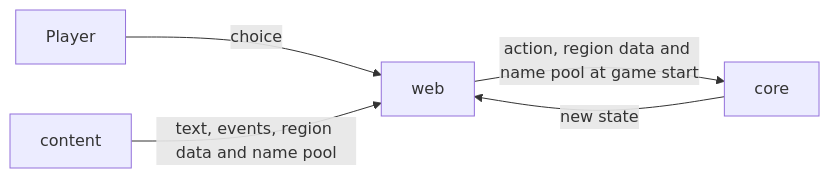
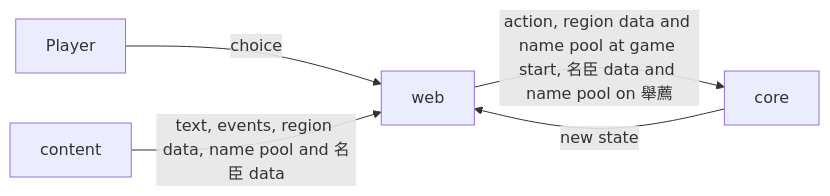
One commit to dcheng1248/agent-harness-test changed the second of 2 diagrams in docs/architecture.md. Above: the diagram before and after it, drawn with Mermaid. The commit also changed 9 other files, not shown here.

````diff
--- a/docs/architecture.md
+++ b/docs/architecture.md
@@ -12,7 +12,7 @@
 ```mermaid
 flowchart LR
   Player -->|choice| web
-  web -->|action, region data and name pool at game start| core
-  content -->|text, events, region data and name pool| web
+  web -->|action, region data and name pool at game start, 名臣 data and name pool on 舉薦| core
+  content -->|text, events, region data, name pool and 名臣 data| web
   core -->|new state| web
 ```
````
